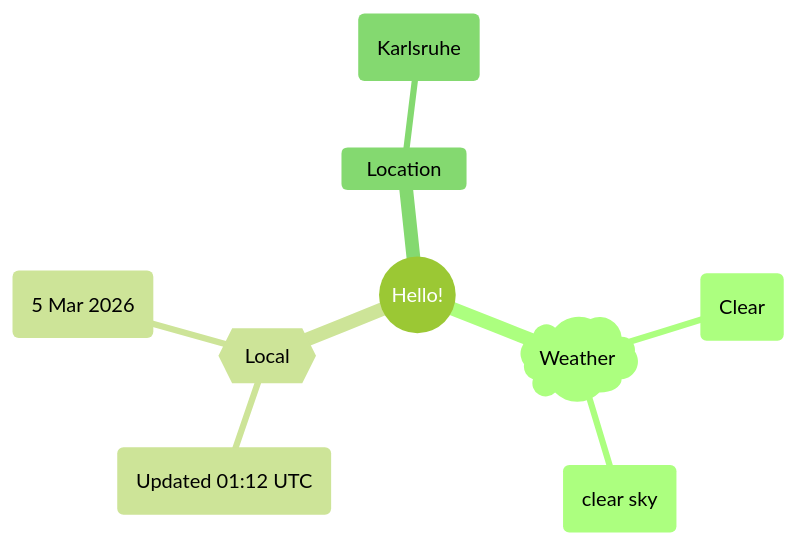
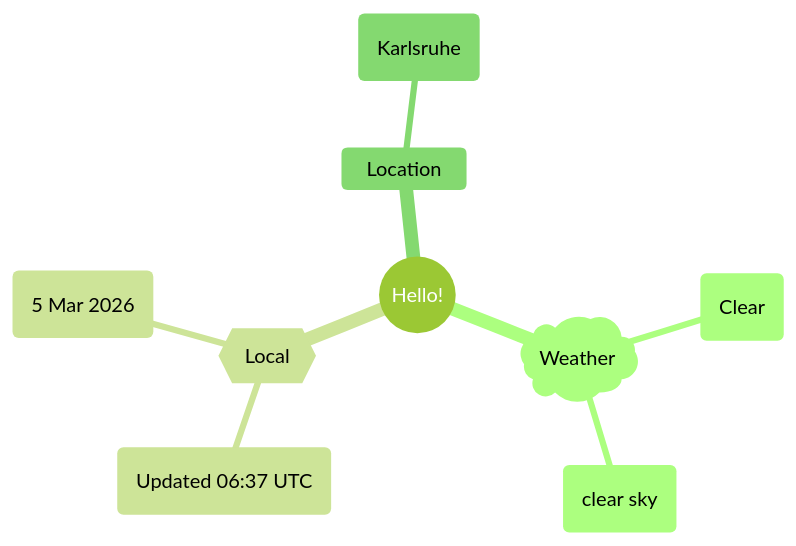
The first of 2 diagrams in README.md (Xosrov/Xosrov), drawn with Mermaid (forest theme) before and after one commit.

Commit message:
[bot] updated images

````diff
--- a/README.md
+++ b/README.md
@@ -3,12 +3,12 @@
 ```mermaid
 mindmap
   root((Hello!))
     )Weather(
         (Clear)
         (clear sky)
     {{Local}}
-        (Updated 01:12 UTC)
+        (Updated 06:37 UTC)
         (5 Mar 2026)
     Location
         (Karlsruhe)
 ```
````
